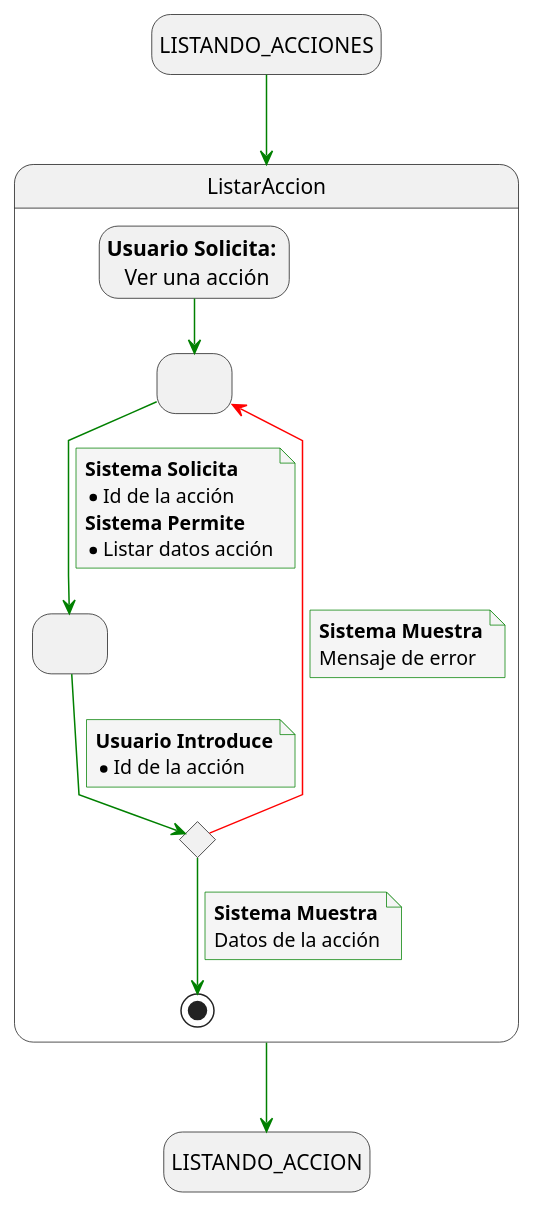
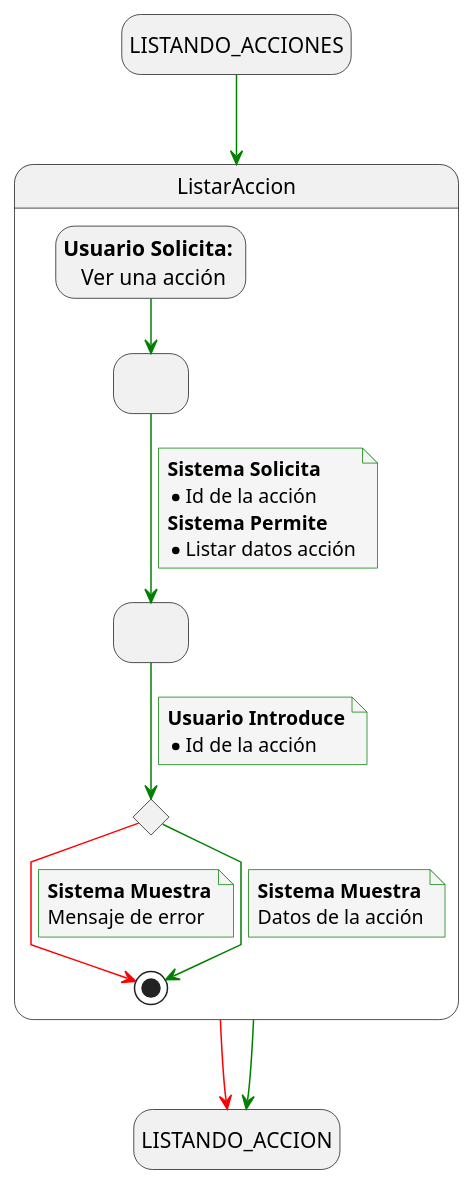
Before and after one commit to mmasias/24-25-IdSw1-SDR: the diagram in docs/casosDeUso/detalladoCasosDeUso/detalladoAuditoria/detalladoVerAccion.puml, drawn with PlantUML. The commit also changed 5 other files, not shown here.

Commit message:
FIX/ agregar transiciones de error en los diagramas de auditoría

```diff
--- a/docs/casosDeUso/detalladoCasosDeUso/detalladoAuditoria/detalladoVerAccion.puml
+++ b/docs/casosDeUso/detalladoCasosDeUso/detalladoAuditoria/detalladoVerAccion.puml
@@ -1,53 +1,54 @@
 @startuml listar_datos_reserva
 
 skinparam {
     NoteBackgroundColor #whiteSmoke
     ArrowColor #green
     NoteBorderColor #green
     linetype polyline
 }
 
 hide empty description
 
 state startState as "LISTANDO_ACCIONES"
 state endState as "LISTANDO_ACCION"
 
 startState --> ListarAccion 
 
 ListarAccion --> endState
+ListarAccion -[#red]> endState
 
 state ListarAccion {
     state solicitudFiltros as " "
     state envioFiltros as " "
     state revisionFiltrosEnviados <<choice>>
     state usuarioSolicita as "<b>Usuario Solicita:</b> \n Ver una acción"
 
     usuarioSolicita --> solicitudFiltros
     solicitudFiltros --> envioFiltros
     note on link
         <b>Sistema Solicita</b>
         * Id de la acción
         <b>Sistema Permite</b>
         * Listar datos acción
     end note
 
     envioFiltros --> revisionFiltrosEnviados
     note on link
         <b>Usuario Introduce</b>
         * Id de la acción
     end note
 
-    revisionFiltrosEnviados -[#red]-> solicitudFiltros
+    revisionFiltrosEnviados -[#red]-> [*]
     note on link
         <b>Sistema Muestra</b>
         Mensaje de error
     end note
 
     revisionFiltrosEnviados --> [*]
     note on link
         <b>Sistema Muestra</b>
         Datos de la acción
     end note
 }
 
 @enduml
```
